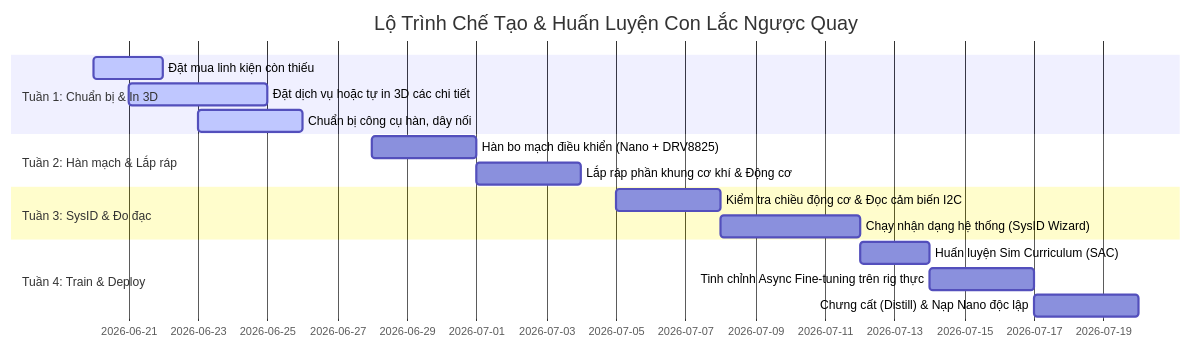
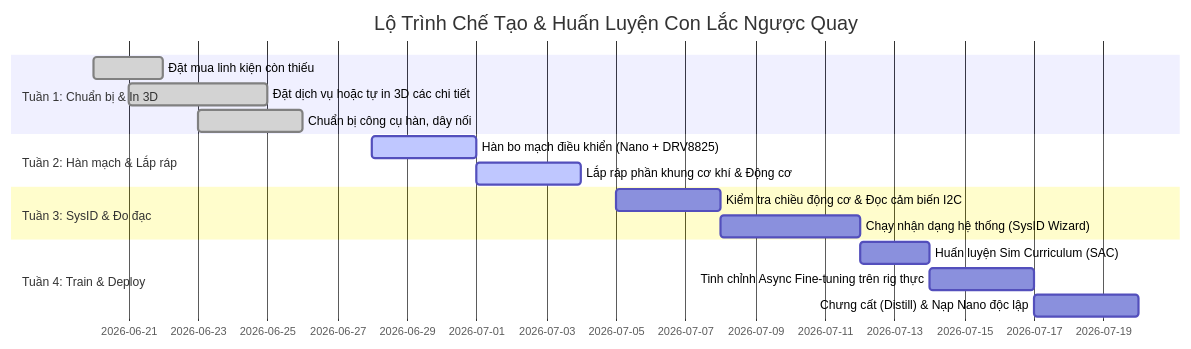
One commit to nguyenthanhthe/rotary-inverted-pendulum changed the diagram in docs/project_schedule.md. Above: the diagram before and after it, drawn with Mermaid. The commit also changed other lines of this file, not shown here.

````diff
--- a/docs/project_schedule.md
+++ b/docs/project_schedule.md
@@ -13,19 +13,19 @@
 ```mermaid
 gantt
     title Lộ Trình Chế Tạo & Huấn Luyện Con Lắc Ngược Quay
     dateFormat  YYYY-MM-DD
     section Tuần 1: Chuẩn bị & In 3D
-    Đặt mua linh kiện còn thiếu       :active,   des1, 2026-06-20, 2d
-    Đặt dịch vụ hoặc tự in 3D các chi tiết :active, des2, 2026-06-21, 4d
-    Chuẩn bị công cụ hàn, dây nối      :active, des3, 2026-06-23, 3d
+    Đặt mua linh kiện còn thiếu       :done,   des1, 2026-06-20, 2d
+    Đặt dịch vụ hoặc tự in 3D các chi tiết :done, des2, 2026-06-21, 4d
+    Chuẩn bị công cụ hàn, dây nối      :done, des3, 2026-06-23, 3d
     section Tuần 2: Hàn mạch & Lắp ráp
-    Hàn bo mạch điều khiển (Nano + DRV8825) :des4, 2026-06-28, 3d
-    Lắp ráp phần khung cơ khí & Động cơ    :des5, 2026-07-01, 3d
+    Hàn bo mạch điều khiển (Nano + DRV8825) :active, des4, 2026-06-28, 3d
+    Lắp ráp phần khung cơ khí & Động cơ    :active, des5, 2026-07-01, 3d
      section Tuần 3: SysID & Đo đạc
     Kiểm tra chiều động cơ & Đọc cảm biến I2C :des6, 2026-07-05, 3d
     Chạy nhận dạng hệ thống (SysID Wizard) :des7, 2026-07-08, 4d
     section Tuần 4: Train & Deploy
     Huấn luyện Sim Curriculum (SAC)         :des8, 2026-07-12, 2d
     Tinh chỉnh Async Fine-tuning trên rig thực :des9, 2026-07-14, 3d
     Chưng cất (Distill) & Nạp Nano độc lập :des10, 2026-07-17, 3d
 ```
````
